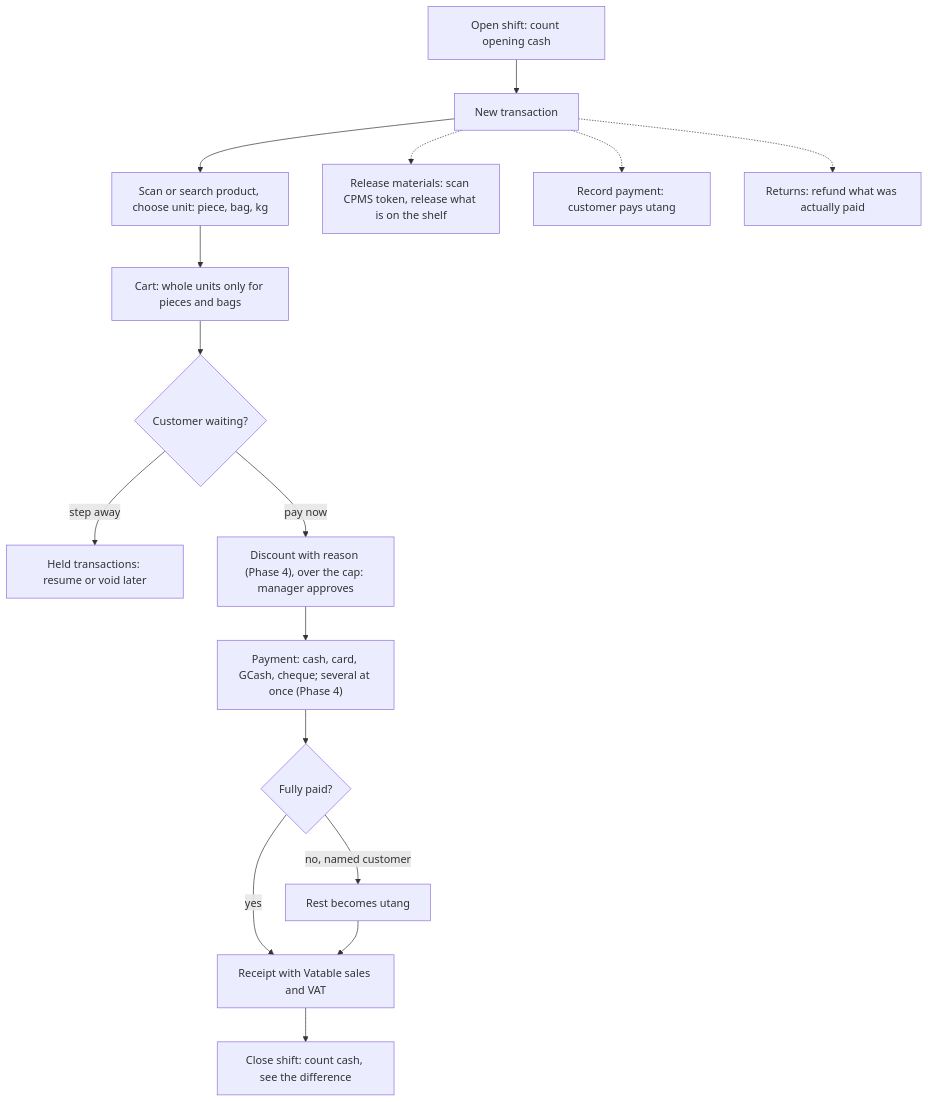
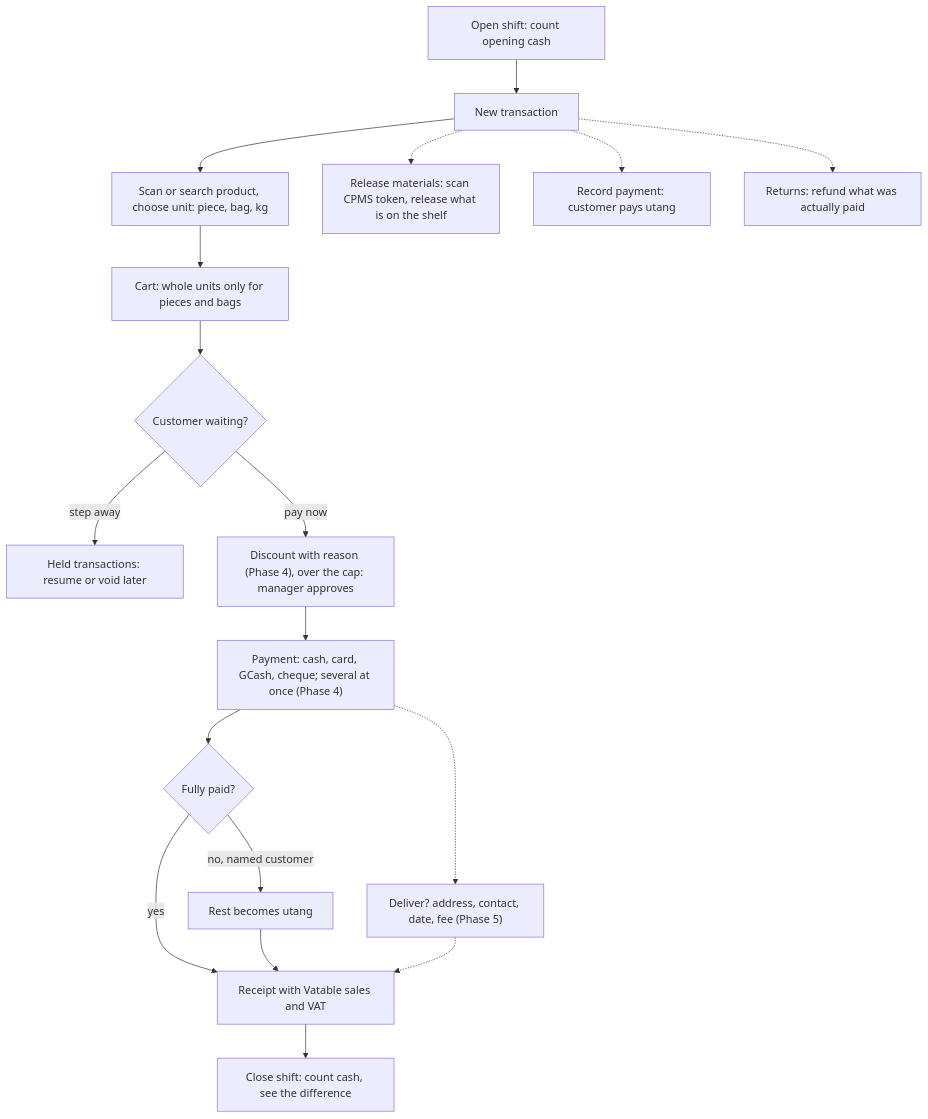
The second of 6 diagrams in docs/ROLE-FLOWS.md (ziminni/qb_hardwarestore), drawn with Mermaid before and after one commit. The commit also changed other lines of this file and 144 other files, not shown here.

````diff
--- a/docs/ROLE-FLOWS.md
+++ b/docs/ROLE-FLOWS.md
@@ -34,18 +36,20 @@
 ```mermaid
 flowchart TD
   S[Open shift: count opening cash] --> T[New transaction]
   T --> F[Scan or search product, choose unit: piece, bag, kg]
   F --> C[Cart: whole units only for pieces and bags]
   C --> H{Customer waiting?}
   H -- step away --> HD[Held transactions: resume or void later]
   H -- pay now --> D["Discount with reason (Phase 4), over the cap: manager approves"]
   D --> PAY["Payment: cash, card, GCash, cheque; several at once (Phase 4)"]
   PAY --> U{Fully paid?}
   U -- no, named customer --> UT[Rest becomes utang]
   U -- yes --> RC[Receipt with Vatable sales and VAT]
   UT --> RC
+  PAY -.-> DLV["Deliver? address, contact, date, fee (Phase 5)"]
+  DLV -.-> RC
   T -.-> REL[Release materials: scan CPMS token, release what is on the shelf]
   T -.-> RP[Record payment: customer pays utang]
   T -.-> RT[Returns: refund what was actually paid]
   RC --> X[Close shift: count cash, see the difference]
 ```
````
